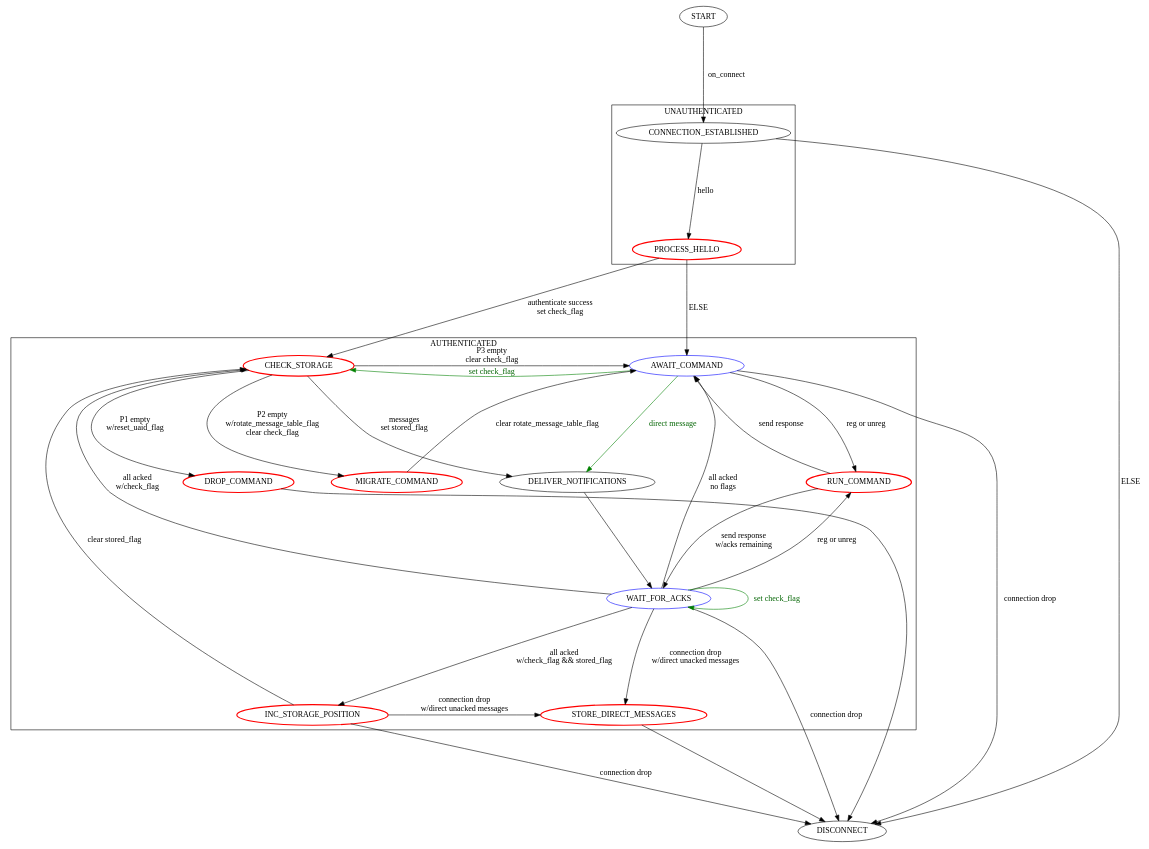
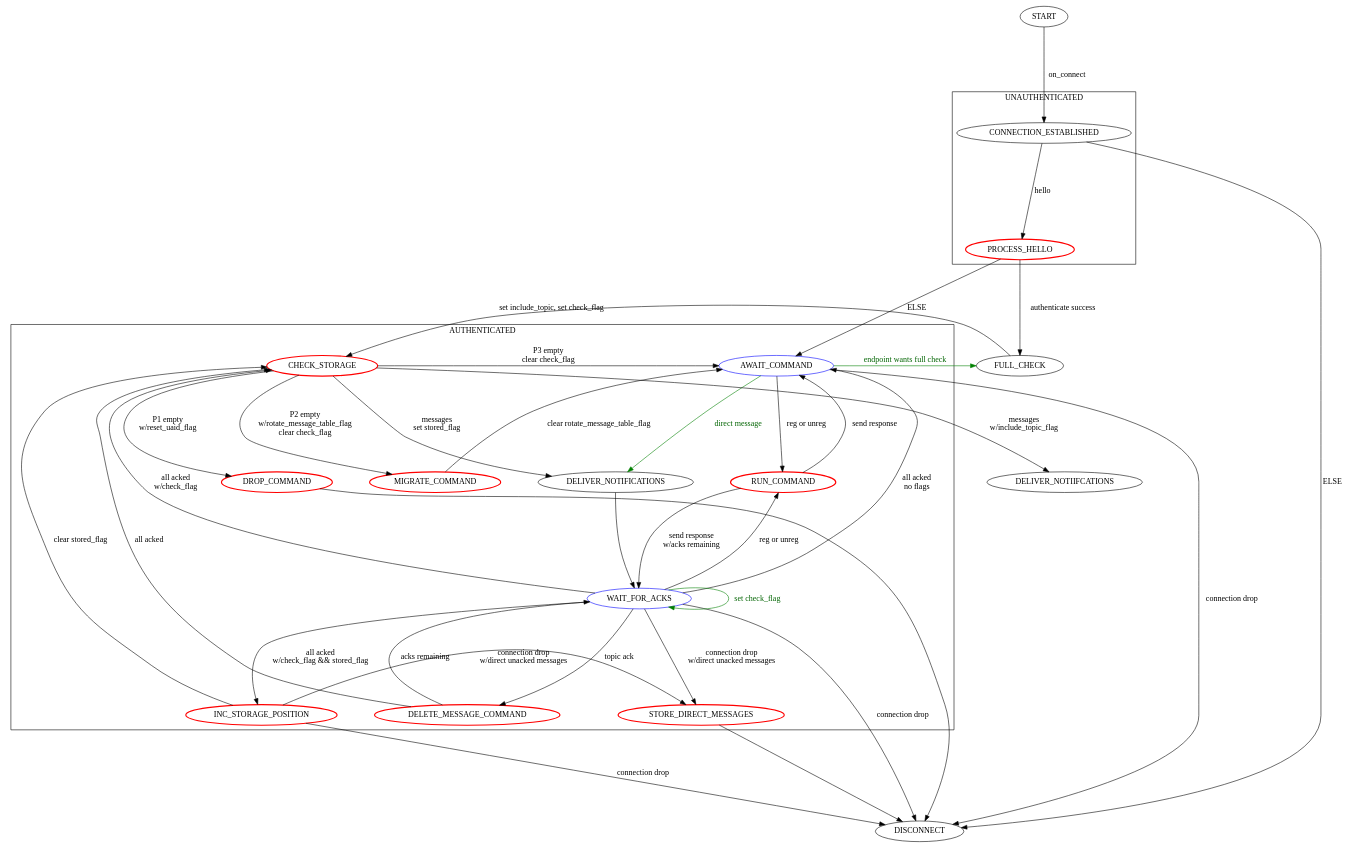
One commit to mozilla-services/autopush changed the diagram in states.dot. Above: the diagram before and after it, drawn with Graphviz. The commit also changed 2 other files, not shown here.

Commit message:
Update state diagram to indicate flow with a full check.

```diff
--- a/states.dot
+++ b/states.dot
@@ -1,71 +1,79 @@
 digraph g{
     ranksep="1.7 equally"
     nodesep="0.9 equally"
 
     START -> CONNECTION_ESTABLISHED [label="on_connect"];
 
     subgraph level0 {
         DISCONNECT;
     }
 
     subgraph cluster_unauthenticated {
         label = "UNAUTHENTICATED";
         PROCESS_HELLO [ color = "red", penwidth = 2];
         CONNECTION_ESTABLISHED;
         PROCESS_HELLO;
     }
 
     subgraph cluster_authenticated {
         label = "AUTHENTICATED";
         AWAIT_COMMAND [ color = "blue"];
         RUN_COMMAND;
         WAIT_FOR_ACKS [ color = "blue"];
         DELIVER_NOTIFICATIONS;
         INC_STORAGE_POSITION [ color = "red", penwidth = 2];
         STORE_DIRECT_MESSAGES [ color = "red", penwidth = 2];
         CHECK_STORAGE [ color = "red", penwidth = 2];
         RUN_COMMAND [ color = "red", penwidth = 2];
         MIGRATE_COMMAND [ color = "red", penwidth = 2];
         DROP_COMMAND [ color = "red", penwidth = 2];
+        DELETE_MESSAGE_COMMAND [ color = "red", penwidth = 2];
         {rank=same; CHECK_STORAGE AWAIT_COMMAND}
         {rank=same; INC_STORAGE_POSITION STORE_DIRECT_MESSAGES}
     }
 
+    CHECK_STORAGE -> DELIVER_NOTIIFCATIONS [label="messages \n w/include_topic_flag"];
     CHECK_STORAGE -> DELIVER_NOTIFICATIONS [label="messages \n set stored_flag"];
     CHECK_STORAGE -> DROP_COMMAND [label="P1 empty\n w/reset_uaid_flag"];
     CHECK_STORAGE -> MIGRATE_COMMAND [label="P2 empty\n w/rotate_message_table_flag\n clear check_flag"];
     CHECK_STORAGE -> AWAIT_COMMAND [label="P3 empty\n clear check_flag"];
 
     MIGRATE_COMMAND -> AWAIT_COMMAND [label="clear rotate_message_table_flag"];
     DROP_COMMAND -> DISCONNECT;
 
     DELIVER_NOTIFICATIONS -> WAIT_FOR_ACKS;
 
+    DELETE_MESSAGE_COMMAND -> WAIT_FOR_ACKS [label="acks remaining"];
+    DELETE_MESSAGE_COMMAND -> CHECK_STORAGE [label="all acked"];
+
+    WAIT_FOR_ACKS -> DELETE_MESSAGE_COMMAND [label="topic ack"];
     WAIT_FOR_ACKS -> INC_STORAGE_POSITION [label="all acked \n w/check_flag && stored_flag"];
     WAIT_FOR_ACKS -> CHECK_STORAGE [label="all acked \n w/check_flag"];
     WAIT_FOR_ACKS -> AWAIT_COMMAND [label="all acked \n no flags"];
     WAIT_FOR_ACKS -> RUN_COMMAND [label="reg or unreg"];
     WAIT_FOR_ACKS -> DISCONNECT [label="connection drop"];
     WAIT_FOR_ACKS -> WAIT_FOR_ACKS [label="set check_flag", fontcolor="darkgreen", color="green"];
     WAIT_FOR_ACKS -> STORE_DIRECT_MESSAGES [label="connection drop \n w/direct unacked messages"];
 
     INC_STORAGE_POSITION -> CHECK_STORAGE [label="clear stored_flag"];
     INC_STORAGE_POSITION -> STORE_DIRECT_MESSAGES [label="connection drop \n w/direct unacked messages"];
     INC_STORAGE_POSITION -> DISCONNECT [label="connection drop"];
 
-    AWAIT_COMMAND -> CHECK_STORAGE [label="set check_flag", fontcolor="darkgreen", color="green"];
+    AWAIT_COMMAND -> FULL_CHECK [label="endpoint wants full check", fontcolor="darkgreen", color="green"];
     AWAIT_COMMAND -> RUN_COMMAND [label="reg or unreg"];
     AWAIT_COMMAND -> DISCONNECT [label="connection drop"];
     AWAIT_COMMAND -> DELIVER_NOTIFICATIONS [label="direct message", fontcolor="darkgreen", color="green"];
 
     STORE_DIRECT_MESSAGES -> DISCONNECT;
 
     RUN_COMMAND -> AWAIT_COMMAND [label="send response"];
     RUN_COMMAND -> WAIT_FOR_ACKS [label="send response \n w/acks remaining"];
 
     CONNECTION_ESTABLISHED -> PROCESS_HELLO [label="hello"];
     CONNECTION_ESTABLISHED -> DISCONNECT [label="ELSE"];
 
-    PROCESS_HELLO -> CHECK_STORAGE [label="authenticate success \n set check_flag"];
+    FULL_CHECK -> CHECK_STORAGE [label="set include_topic, set check_flag"];
+
+    PROCESS_HELLO -> FULL_CHECK [label="authenticate success"];
     PROCESS_HELLO -> AWAIT_COMMAND [label="ELSE"];
 }
```
